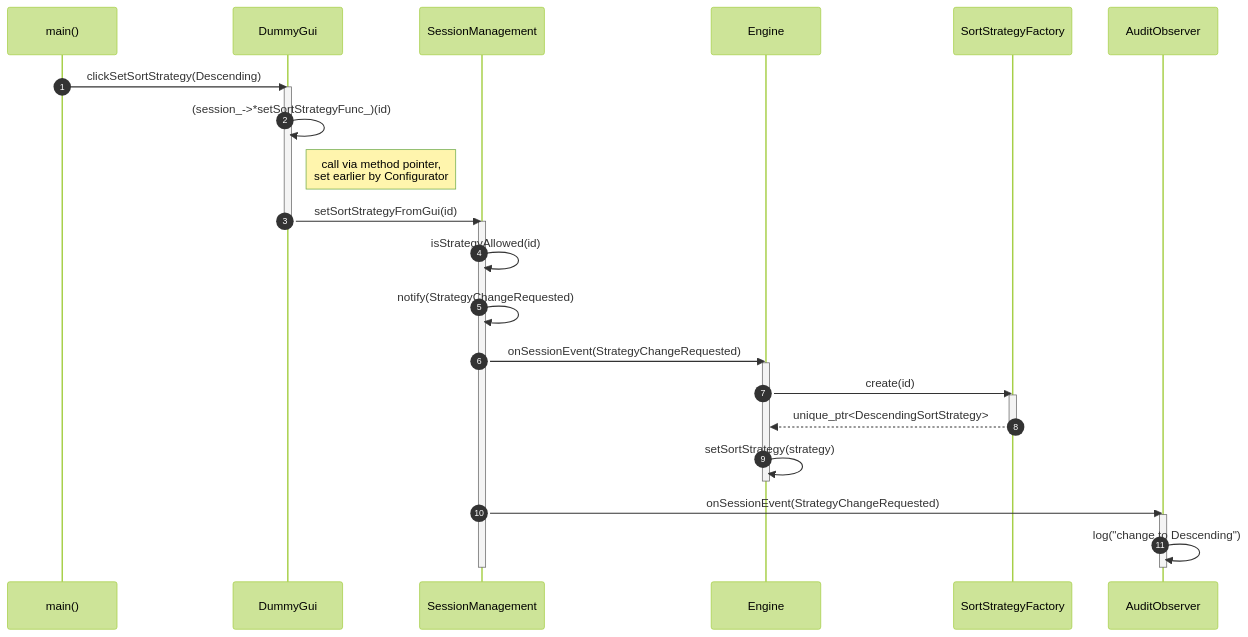
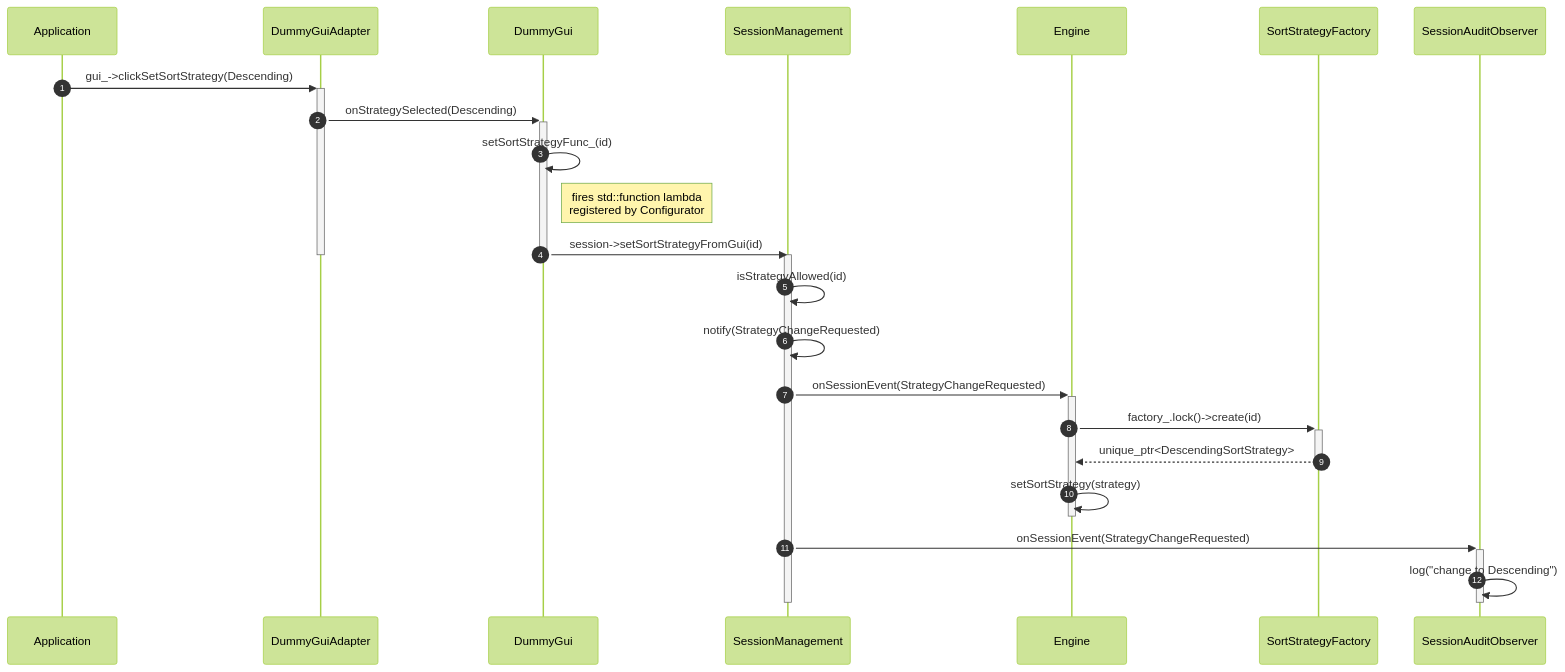
The fifth of 6 diagrams in docs/en/_diagram/sequence_diagrams.md (RyszardHalapacz/cpp-design-patterns-examples), drawn with Mermaid (forest theme) before and after one commit. The commit also changed other lines of this file and 3 other files, not shown here.

First line of the commit message:
docs: rewrite class and sequence diagrams to reflect current architecture

````diff
--- a/docs/en/_diagram/sequence_diagrams.md
+++ b/docs/en/_diagram/sequence_diagrams.md
@@ -146,33 +162,31 @@
 ```mermaid
 sequenceDiagram
     autonumber
-    participant Main as main()
+    participant App as Application
+    participant Adapter as DummyGuiAdapter
     participant Gui as DummyGui
     participant Session as SessionManagement
     participant Eng as Engine
     participant Fac as SortStrategyFactory
-    participant Audit as AuditObserver
+    participant Audit as SessionAuditObserver
 
-    Main->>Gui: clickSetSortStrategy(Descending)
-    activate Gui
-    Gui->>Gui: (session_->*setSortStrategyFunc_)(id)
-    Note right of Gui: call via method pointer,<br/>set earlier by Configurator
-    Gui->>Session: setSortStrategyFromGui(id)
+    App->>+Adapter: gui_->clickSetSortStrategy(Descending)
+    Adapter->>+Gui: onStrategySelected(Descending)
+    Gui->>Gui: setSortStrategyFunc_(id)
+    Note right of Gui: fires std::function lambda<br/>registered by Configurator
+    Gui->>Session: session->setSortStrategyFromGui(id)
     deactivate Gui
+    deactivate Adapter
     activate Session
     Session->>Session: isStrategyAllowed(id)
     Session->>Session: notify(StrategyChangeRequested)
-    Session->>Eng: onSessionEvent(StrategyChangeRequested)
-    activate Eng
-    Eng->>Fac: create(id)
-    activate Fac
-    Fac-->>Eng: unique_ptr<DescendingSortStrategy>
-    deactivate Fac
+    Session->>+Eng: onSessionEvent(StrategyChangeRequested)
+    Eng->>+Fac: factory_.lock()->create(id)
+    Fac-->>-Eng: unique_ptr<DescendingSortStrategy>
     Eng->>Eng: setSortStrategy(strategy)
     deactivate Eng
-    Session->>Audit: onSessionEvent(StrategyChangeRequested)
-    activate Audit
+    Session->>+Audit: onSessionEvent(StrategyChangeRequested)
     Audit->>Audit: log("change to Descending")
     deactivate Audit
     deactivate Session
 ```
````
